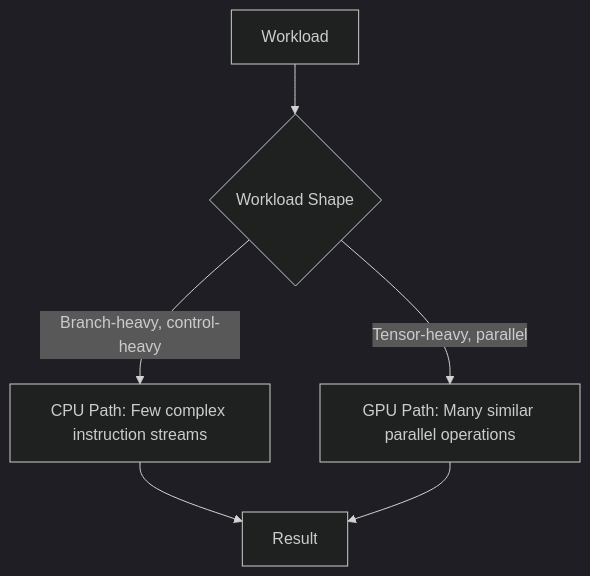
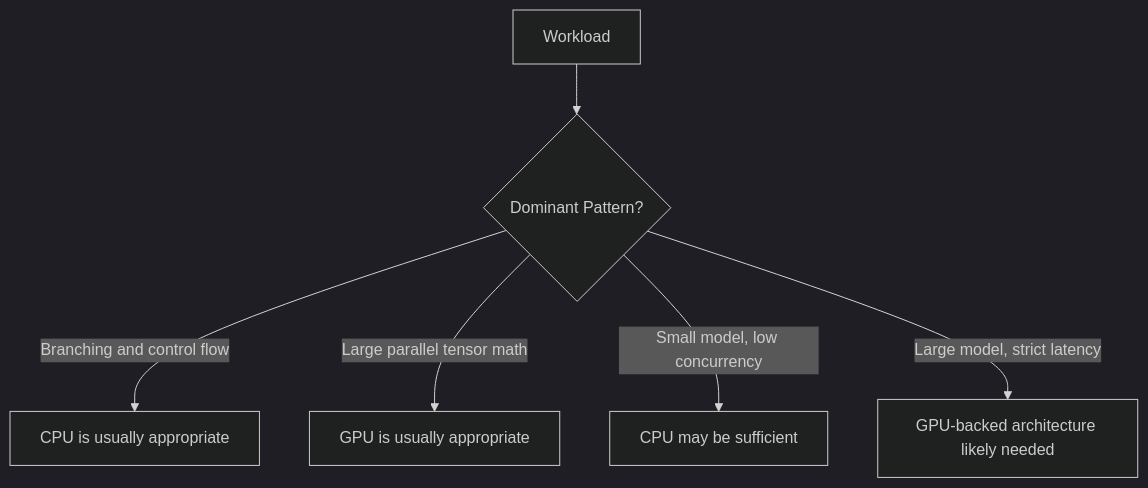
One commit to jithinpnjm/nvidia-devops changed the second of 3 diagrams in docs/nvidia-zero-to-hero/volume-01/chapter-03-cpu-vs-gpu.md. Above: the diagram before and after it, drawn with Mermaid (dark theme). The commit also changed other lines of this file, not shown here.

````diff
--- a/docs/nvidia-zero-to-hero/volume-01/chapter-03-cpu-vs-gpu.md
+++ b/docs/nvidia-zero-to-hero/volume-01/chapter-03-cpu-vs-gpu.md
@@ -140,14 +99,8 @@
 ```mermaid
 flowchart TD
-    task[Workload]
-    branch{Workload Shape}
-    cpu[CPU Path: Few complex instruction streams]
-    gpu[GPU Path: Many similar parallel operations]
-    result[Result]
-
-    task --> branch
-    branch -->|Branch-heavy, control-heavy| cpu
-    branch -->|Tensor-heavy, parallel| gpu
-    cpu --> result
-    gpu --> result
+    A[Workload] --> B{Dominant Pattern?}
+    B -->|Branching and control flow| C[CPU is usually appropriate]
+    B -->|Large parallel tensor math| D[GPU is usually appropriate]
+    B -->|Small model, low concurrency| E[CPU may be sufficient]
+    B -->|Large model, strict latency| F[GPU-backed architecture likely needed]
 ```
````
